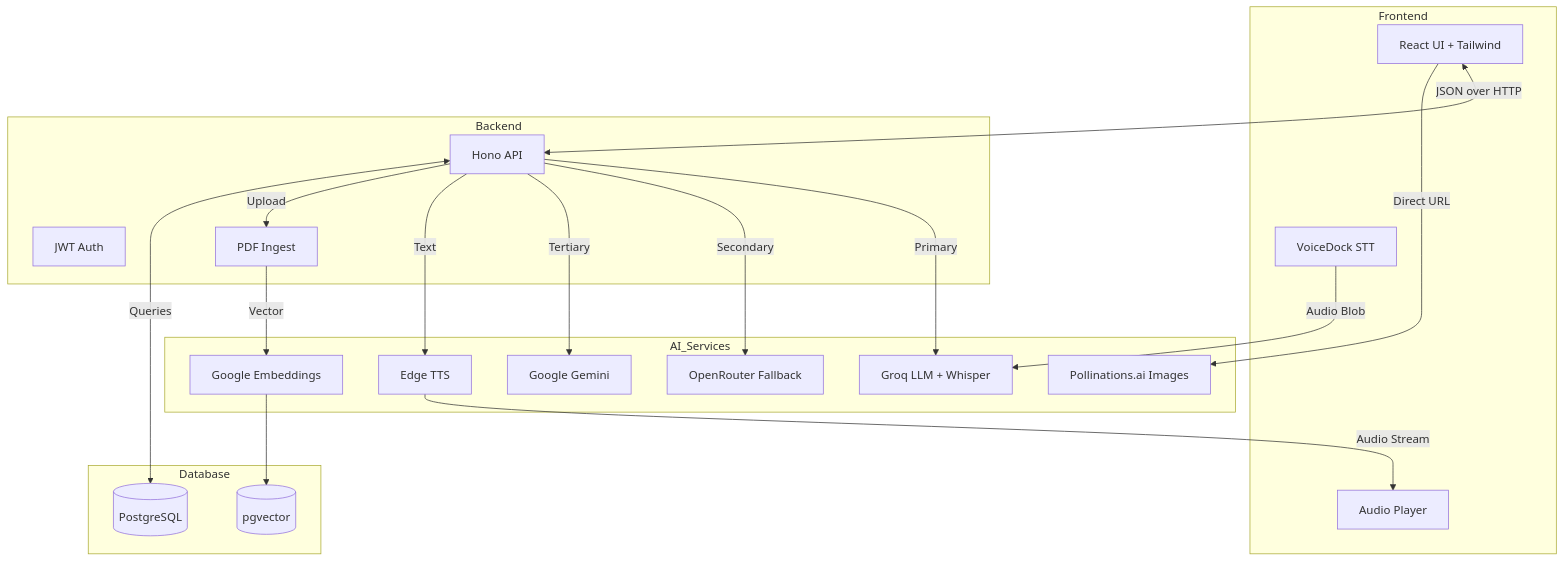
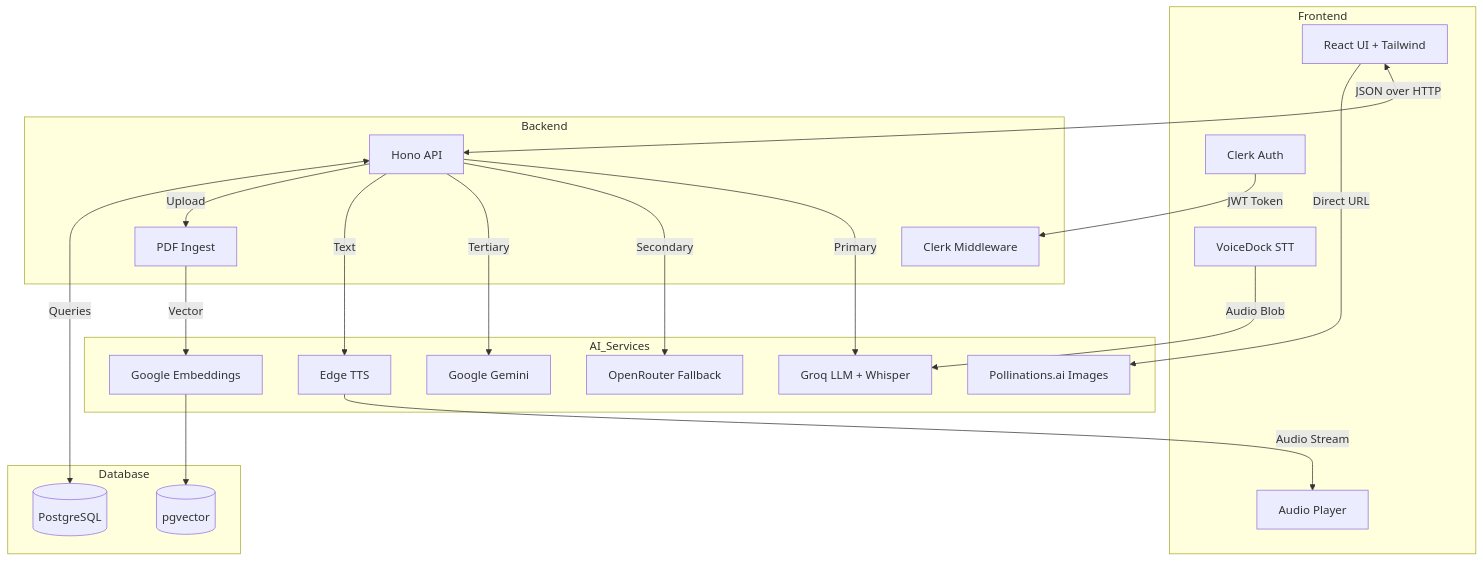
One commit to njd07/Saarthi changed the diagram in README.md. Above: the diagram before and after it, drawn with Mermaid. The commit also changed other lines of this file and 19 other files, not shown here.

````diff
--- a/README.md
+++ b/README.md
@@ -47,41 +51,43 @@
 ```mermaid
 graph TD
     subgraph Frontend
         UI[React UI + Tailwind]
         VD[VoiceDock STT]
         Player[Audio Player]
+        CLK[Clerk Auth]
     end
 
     subgraph Backend
         API[Hono API]
-        Auth[JWT Auth]
+        MW[Clerk Middleware]
         RAG[PDF Ingest]
     end
 
     subgraph Database
         PG[(PostgreSQL)]
         VEC[(pgvector)]
     end
 
     subgraph AI_Services
         GROQ[Groq LLM + Whisper]
         OR[OpenRouter Fallback]
         GEMINI[Google Gemini]
         POL[Pollinations.ai Images]
         EDGE[Edge TTS]
         EMB[Google Embeddings]
     end
 
     UI <-->|JSON over HTTP| API
+    CLK -->|JWT Token| MW
     VD -->|Audio Blob| GROQ
     API -->|Primary| GROQ
     API -->|Secondary| OR
     API -->|Tertiary| GEMINI
     API -->|Text| EDGE
     UI -->|Direct URL| POL
     API -->|Upload| RAG
     RAG -->|Vector| EMB
     EMB --> VEC
     API <-->|Queries| PG
     EDGE -->|Audio Stream| Player
 ```
````
